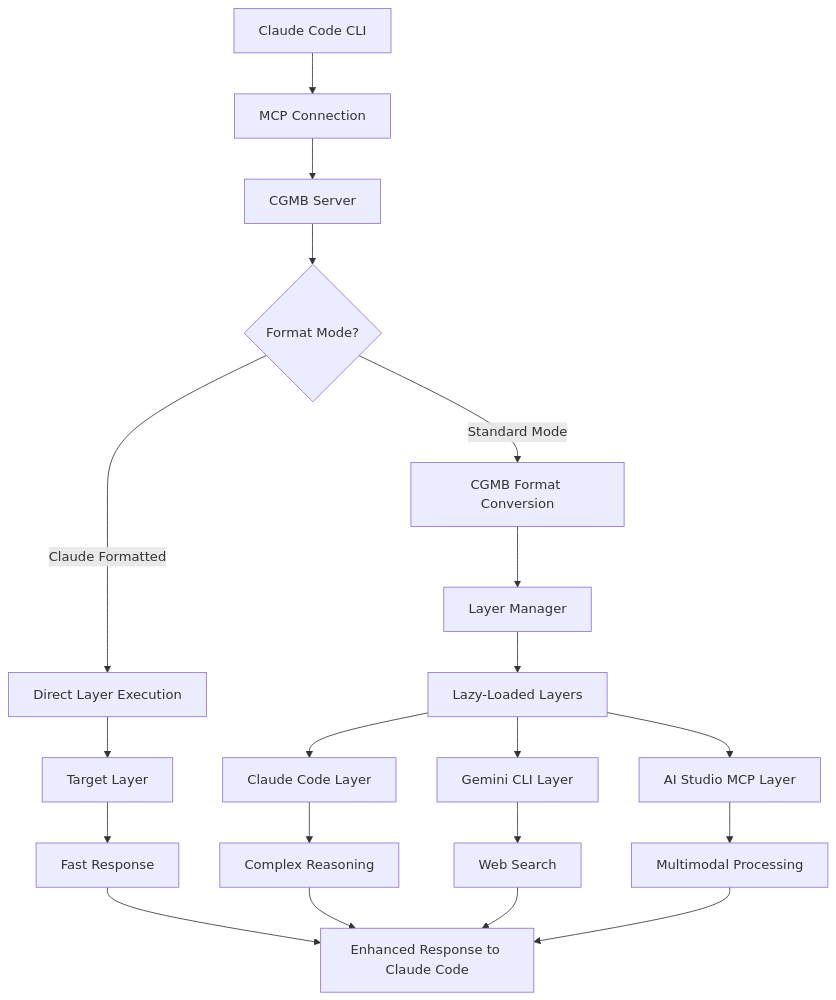
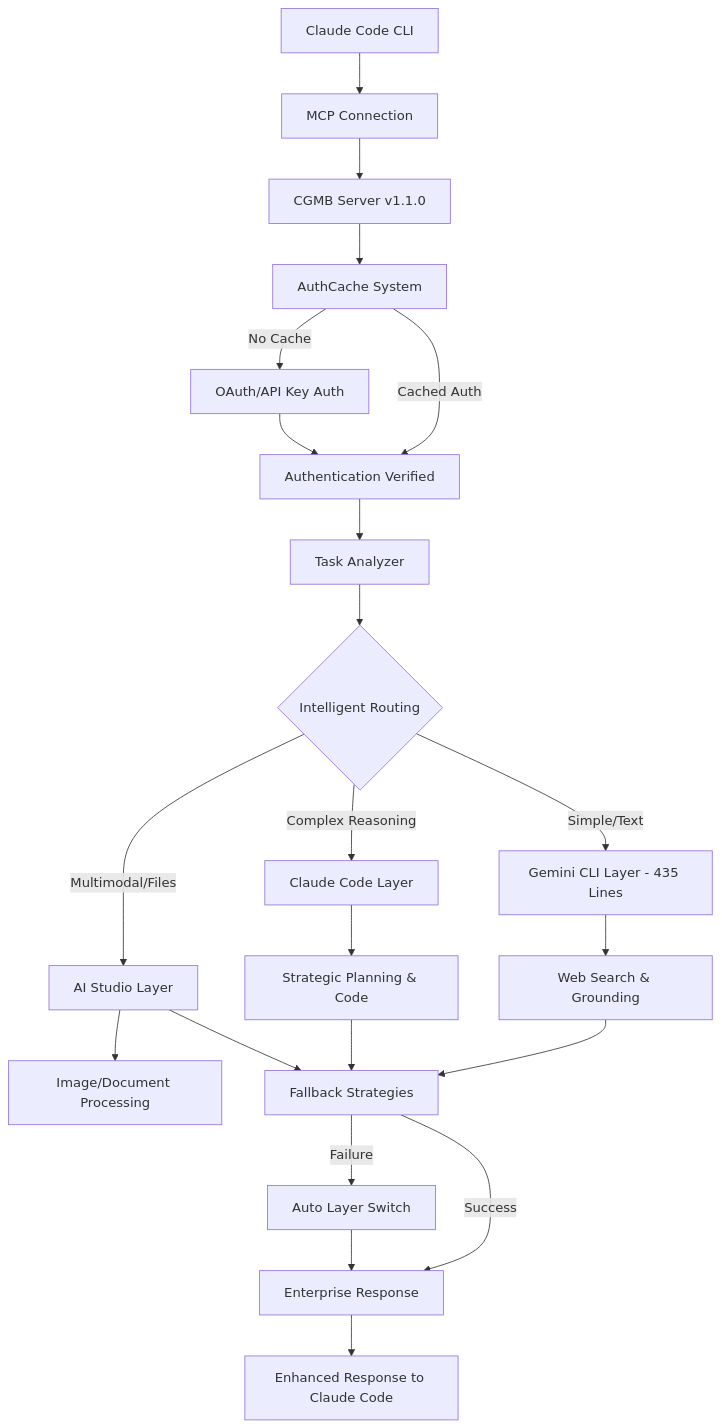
One commit to goodaymmm/claude-gemini-multimodal-bridge changed the diagram in README.md. Above: the diagram before and after it, drawn with Mermaid. The commit also changed other lines of this file, not shown here.

Commit message:
🔧 fix: Update README Architecture for v1.1.0 enterprise features
## Architecture Updates

### Updated Mermaid Diagram
- Add AuthCache System with service-specific TTL optimization
- Show intelligent task analysis and routing workflow
- Include fallback strategies and auto layer switching
- Reflect simplified Gemini CLI Layer (435 lines)

### Enhanced "How It Works" Section
- Replace generic descriptions with v1.1.0 enterprise features
- Highlight authentication caching (80% overhead reduction)
- Emphasize intelligent layer routing and task analysis
- Document 95% automatic recovery capabilities

### Updated Layer Responsibilities
- Add v1.1.0 improvements column to show specific enhancements
- Document Gemini CLI simplification (3x faster execution)
- Show authentication caching and fallback strategy improvements

🤖 Generated with [Claude Code](https://claude.ai/code)

````diff
--- a/README.md
+++ b/README.md
@@ -36,28 +36,31 @@
 ```mermaid
 graph TD
     A[Claude Code CLI] --> B[MCP Connection]
-    B --> C[CGMB Server]
+    B --> C[CGMB Server v1.1.0]
     
-    C --> D{Format Mode?}
+    C --> D[AuthCache System]
+    D -->|Cached Auth| E[Authentication Verified]
+    D -->|No Cache| F[OAuth/API Key Auth]
+    F --> E
     
-    D -->|Claude Formatted| E[Direct Layer Execution]
-    D -->|Standard Mode| F[CGMB Format Conversion]
+    E --> G[Task Analyzer]
+    G --> H{Intelligent Routing}
     
-    E --> G[Target Layer]
-    F --> H[Layer Manager]
+    H -->|Simple/Text| I[Gemini CLI Layer - 435 Lines]
+    H -->|Complex Reasoning| J[Claude Code Layer] 
+    H -->|Multimodal/Files| K[AI Studio Layer]
     
-    H --> I[Lazy-Loaded Layers]
-    I --> J[Claude Code Layer]
-    I --> K[Gemini CLI Layer]  
-    I --> L[AI Studio MCP Layer]
+    I --> L[Web Search & Grounding]
+    J --> M[Strategic Planning & Code]
+    K --> N[Image/Document Processing]
     
-    G --> M[Fast Response]
-    J --> N[Complex Reasoning]
-    K --> O[Web Search]
-    L --> P[Multimodal Processing]
+    L --> O[Fallback Strategies]
+    M --> O
+    K --> O
     
-    M --> Q[Enhanced Response to Claude Code]
-    N --> Q
-    O --> Q
-    P --> Q
+    O -->|Success| P[Enterprise Response]
+    O -->|Failure| Q[Auto Layer Switch]
+    Q --> P
+    
+    P --> R[Enhanced Response to Claude Code]
 ```
````
